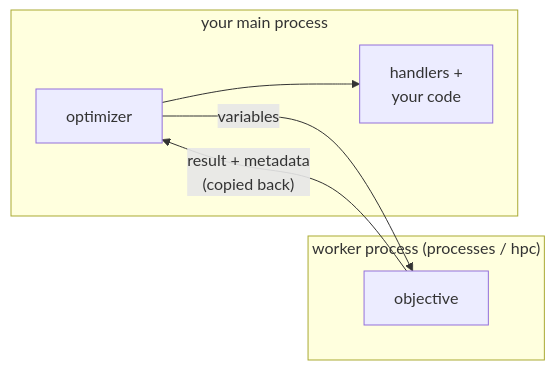
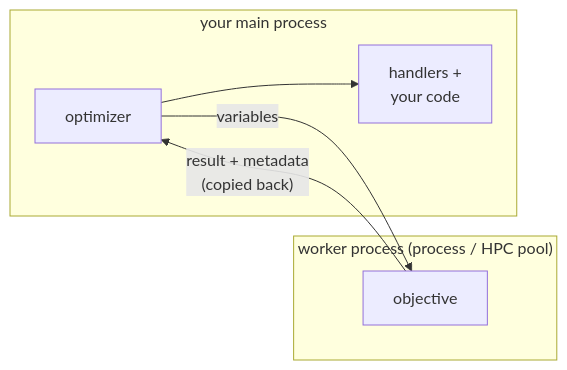
The diagram in docs/running/running.md (TNO-ropt/ropt), drawn with Mermaid before and after one commit. The commit also changed other lines of this file and 36 other files, not shown here.

````diff
--- a/docs/running/running.md
+++ b/docs/running/running.md
@@ -604,13 +731,13 @@
 ```mermaid
 flowchart LR
     subgraph main["your main process"]
         opt["optimizer"]
         hand["handlers +<br/>your code"]
         opt --> hand
     end
-    subgraph worker["worker process (processes / hpc)"]
+    subgraph worker["worker process (process / HPC pool)"]
         obj["objective"]
     end
     opt -->|"variables"| obj
     obj -->|"result + metadata<br/>(copied back)"| opt
 ```
````
